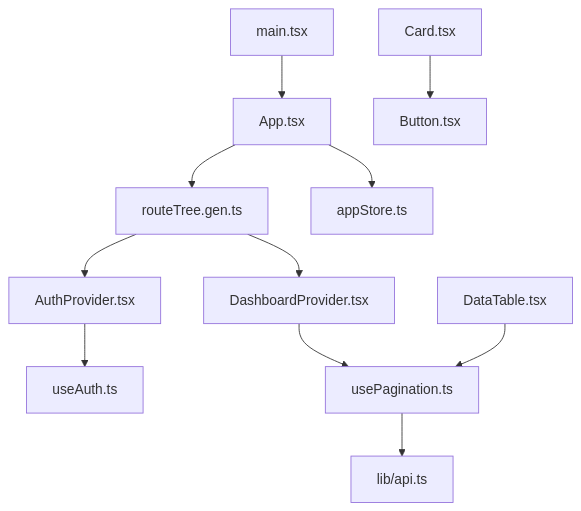
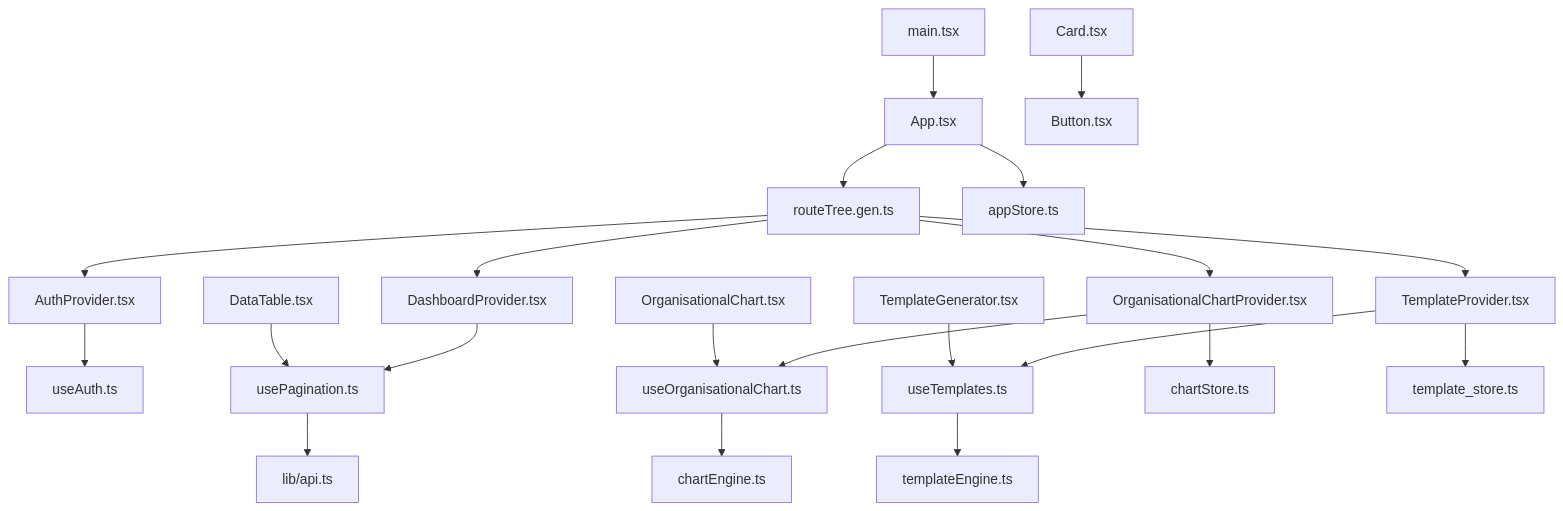
Diagram 11 of 11 in .qoder/repowiki/en/content/System Architecture/Frontend Architecture/Component Architecture/Component Architecture.md (franckylab/eLISAschool), drawn with Mermaid before and after one commit. The commit also changed other lines of this file and 35 other files, not shown here.

First line of the commit message:
refactor(configuration): redistribuer la gestion de la configuration vers architecture distribuée

````diff
--- a/.qoder/repowiki/en/content/System Architecture/Frontend Architecture/Component Architecture/Component Architecture.md
+++ b/.qoder/repowiki/en/content/System Architecture/Frontend Architecture/Component Architecture/Component Architecture.md
@@ -273,13 +659,23 @@
 ```mermaid
 graph TB
 main_tsx["main.tsx"] --> app_tsx["App.tsx"]
 app_tsx --> route_tree["routeTree.gen.ts"]
 route_tree --> auth_provider["AuthProvider.tsx"]
 route_tree --> dashboard_provider["DashboardProvider.tsx"]
+route_tree --> org_chart_provider["OrganisationalChartProvider.tsx"]
+route_tree --> template_provider["TemplateProvider.tsx"]
 auth_provider --> use_auth["useAuth.ts"]
 dashboard_provider --> use_pagination["usePagination.ts"]
+org_chart_provider --> use_chart["useOrganisationalChart.ts"]
+template_provider --> use_templates["useTemplates.ts"]
 use_pagination --> api_lib["lib/api.ts"]
+use_chart --> chart_engine["chartEngine.ts"]
+use_templates --> template_engine["templateEngine.ts"]
 ui_datatable["DataTable.tsx"] --> use_pagination
 ui_card["Card.tsx"] --> ui_button["Button.tsx"]
+ui_chart["OrganisationalChart.tsx"] --> use_chart
+ui_template["TemplateGenerator.tsx"] --> use_templates
 app_tsx --> app_store["appStore.ts"]
+org_chart_provider --> chart_store["chartStore.ts"]
+template_provider --> template_store["template_store.ts"]
 ```
````
